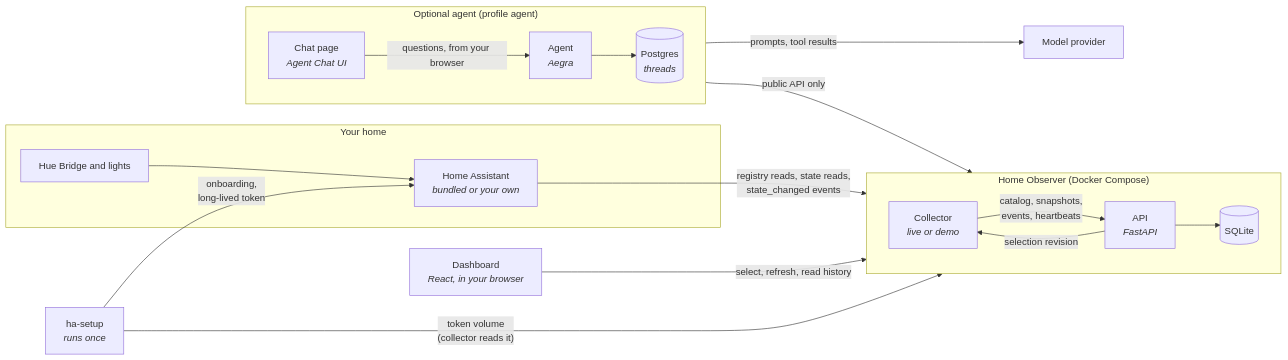
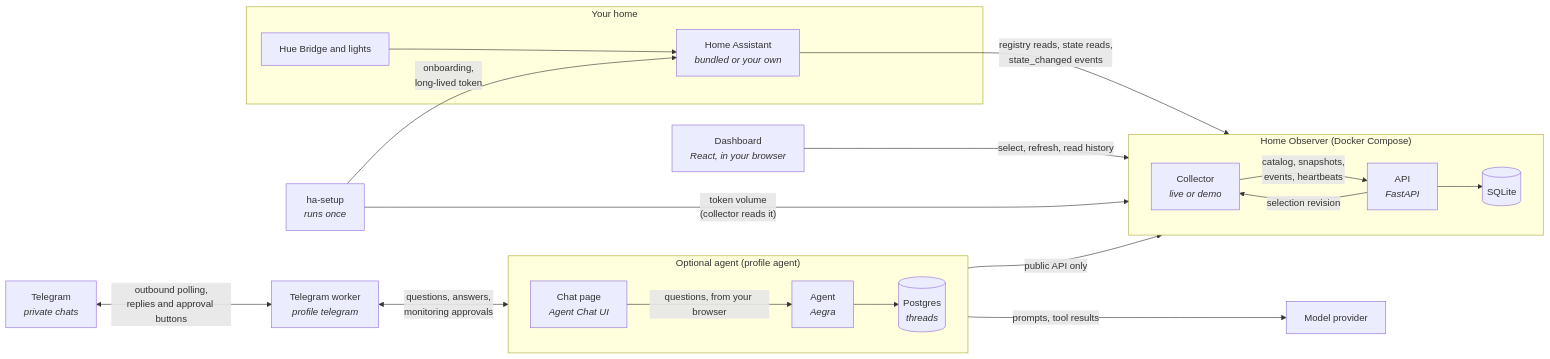
Before and after one commit to alitaghub/home-keeper: the first of 2 diagrams in docs/architecture.md, drawn with Mermaid. The commit also changed other lines of this file and 1 other file, not shown here.

Commit message:
docs: show agent chat and Telegram in architecture diagrams (#16)

````diff
--- a/docs/architecture.md
+++ b/docs/architecture.md
@@ -10,36 +12,38 @@
 ```mermaid
 flowchart LR
     subgraph home["Your home"]
         hue["Hue Bridge and lights"]
         ha["Home Assistant<br/><i>bundled or your own</i>"]
         hue --> ha
     end
 
     setup["ha-setup<br/><i>runs once</i>"] -- "onboarding,<br/>long-lived token" --> ha
     setup -- "token volume<br/>(collector reads it)" --> collector
 
     subgraph observer["Home Observer (Docker Compose)"]
         direction LR
         collector["Collector<br/><i>live or demo</i>"]
         api["API<br/><i>FastAPI</i>"]
         db[("SQLite")]
         collector -- "catalog, snapshots,<br/>events, heartbeats" --> api
         api -- "selection revision" --> collector
         api --> db
     end
 
     ha -- "registry reads, state reads,<br/>state_changed events" --> collector
     browser["Dashboard<br/><i>React, in your browser</i>"] -- "select, refresh, read history" --> api
 
     subgraph agentprofile["Optional agent (profile agent)"]
         direction LR
         chat["Chat page<br/><i>Agent Chat UI</i>"]
         agent["Agent<br/><i>Aegra</i>"]
         pg[("Postgres<br/><i>threads</i>")]
         agent --> pg
     end
 
     chat -- "questions, from your browser" --> agent
+    telegram["Telegram<br/><i>private chats</i>"] <-->|"outbound polling,<br/>replies and approval buttons"| bot["Telegram worker<br/><i>profile telegram</i>"]
+    bot <-->|"questions, answers,<br/>monitoring approvals"| agent
     agent -- "public API only" --> api
     agent -- "prompts, tool results" --> model["Model provider"]
 ```
````
